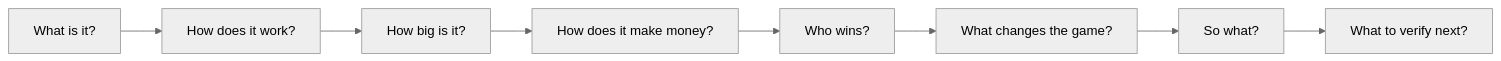
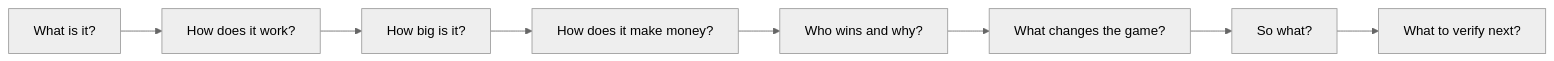
The second of 2 diagrams in quick-industry-research/SKILL.md (111syq/7), drawn with Mermaid (neutral theme) before and after one commit. The commit also changed other lines of this file and 4 other files, not shown here.

````diff
--- a/quick-industry-research/SKILL.md
+++ b/quick-industry-research/SKILL.md
@@ -46,10 +37,10 @@
 ```mermaid
 flowchart LR
-  A["What is it?"] --> B["How does it work?"]
-  B --> C["How big is it?"]
-  C --> D["How does it make money?"]
-  D --> E["Who wins?"]
-  E --> F["What changes the game?"]
-  F --> G["So what?"]
-  G --> H["What to verify next?"]
+  Q1["What is it?"] --> Q2["How does it work?"]
+  Q2 --> Q3["How big is it?"]
+  Q3 --> Q4["How does it make money?"]
+  Q4 --> Q5["Who wins and why?"]
+  Q5 --> Q6["What changes the game?"]
+  Q6 --> Q7["So what?"]
+  Q7 --> Q8["What to verify next?"]
 ```
````
